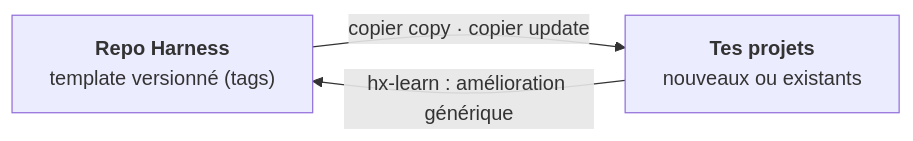
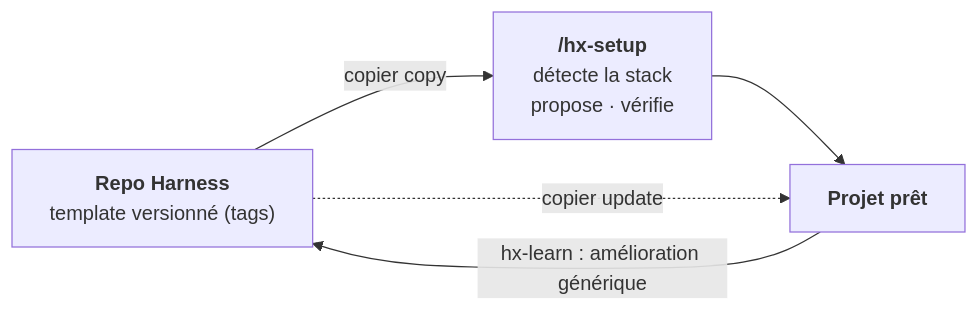
The first of 3 diagrams in docs/PLAN.md (PatayEnCroute/Harness), drawn with Mermaid before and after one commit. The commit also changed other lines of this file and 1 other file, not shown here.

First line of the commit message:
docs: plan v0.3 — Claude Code, solo, GitHub Actions, agnostique de la stack

````diff
--- a/docs/PLAN.md
+++ b/docs/PLAN.md
@@ -19,6 +20,8 @@
 ```mermaid
 flowchart LR
   H["<b>Repo Harness</b><br/>template versionné (tags)"]
-  H -->|"copier copy · copier update"| P["<b>Tes projets</b><br/>nouveaux ou existants"]
+  H -->|"copier copy"| S["<b>/hx-setup</b><br/>détecte la stack<br/>propose · vérifie"]
+  S --> P["<b>Projet prêt</b>"]
+  H -.->|"copier update"| P
   P -->|"hx-learn : amélioration générique"| H
 ```
````
